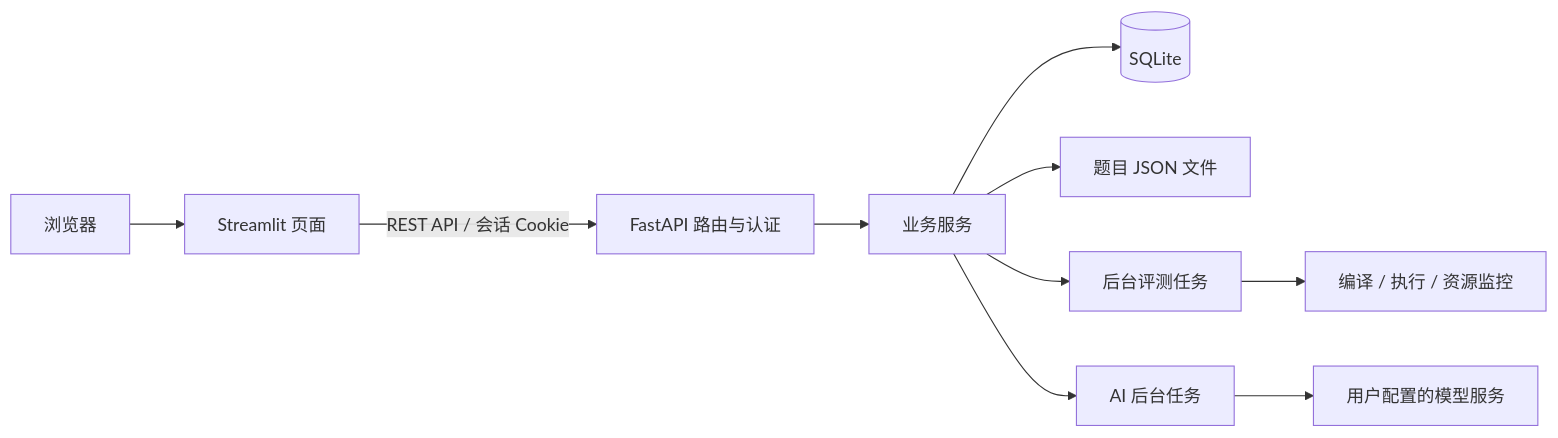
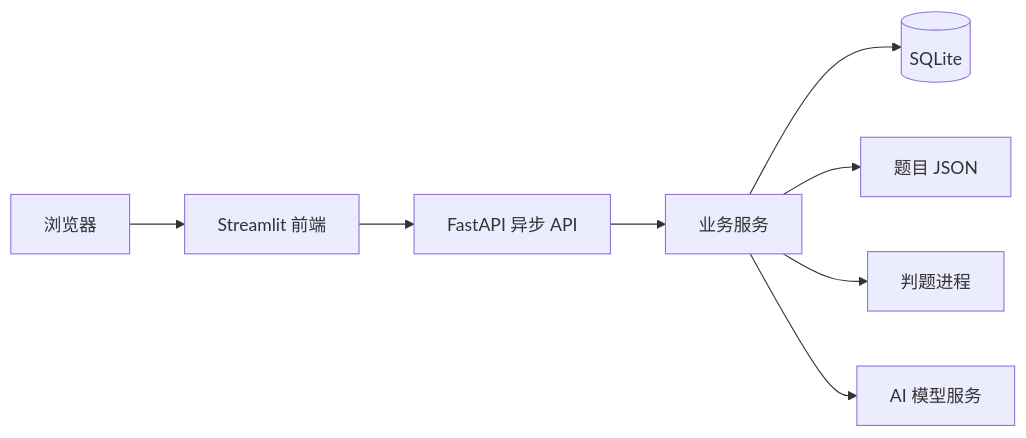
Before and after one commit to zjr284/oj_online: the diagram in REPORT.md, drawn with Mermaid. The commit also changed other lines of this file and 23 other files, not shown here.

````diff
--- a/REPORT.md
+++ b/REPORT.md
@@ -9,12 +13,10 @@
 ```mermaid
 flowchart LR
-    U[浏览器] --> F[Streamlit 页面]
-    F -->|REST API / 会话 Cookie| A[FastAPI 路由与认证]
-    A --> S[业务服务]
-    S --> D[(SQLite)]
-    S --> P[题目 JSON 文件]
-    S --> J[后台评测任务]
-    J --> R[编译 / 执行 / 资源监控]
-    S --> T[AI 后台任务]
-    T --> M[用户配置的模型服务]
+    A[浏览器] --> B[Streamlit 前端]
+    B --> C[FastAPI 异步 API]
+    C --> D[业务服务]
+    D --> E[(SQLite)]
+    D --> F[题目 JSON]
+    D --> G[判题进程]
+    D --> H[AI 模型服务]
 ```
````
